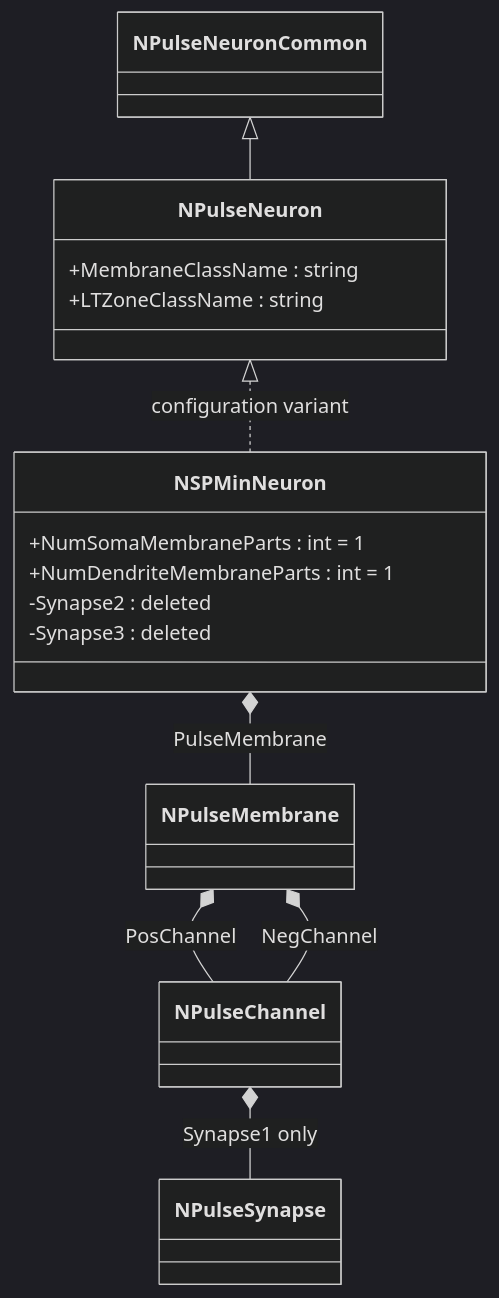
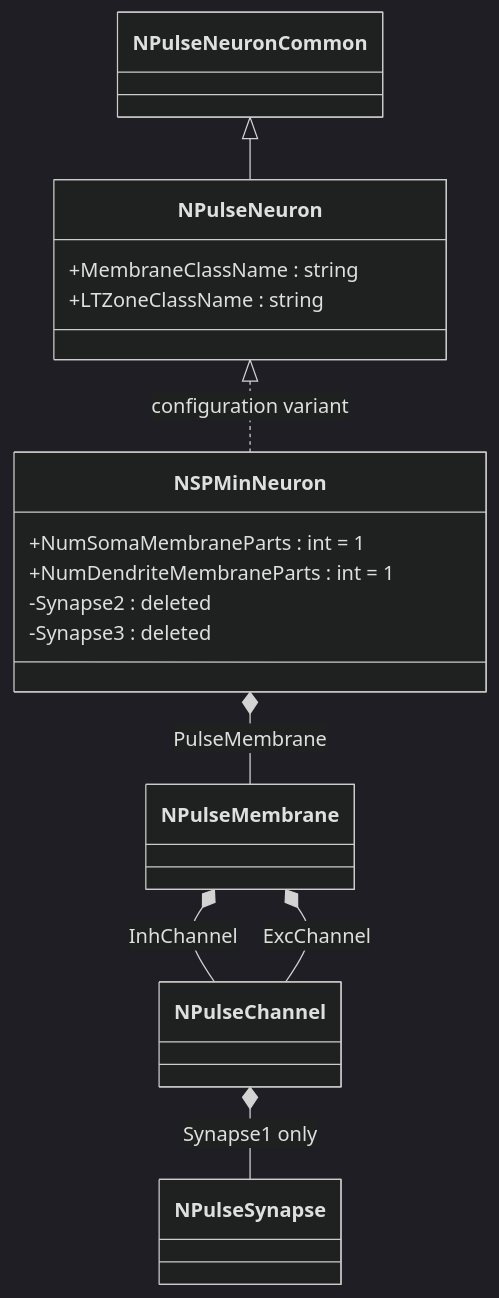
Before and after one commit to aicommunity/Nmsdk-PulseLib: the first of 6 diagrams in Docs/Components/NSPMinNeuron.md, drawn with Mermaid (dark theme). The commit also changed other lines of this file and 14 other files, not shown here.

Commit message:
Refactoring the naming of neuron components. PLTZone -> LTZone, Pos/Neg channels -> Inh/Exc channels, etc.

````diff
--- a/Docs/Components/NSPMinNeuron.md
+++ b/Docs/Components/NSPMinNeuron.md
@@ -19,19 +19,19 @@
 ```mermaid
 classDiagram
     NPulseNeuronCommon <|-- NPulseNeuron
     NPulseNeuron <|.. NSPMinNeuron : configuration variant
     NSPMinNeuron *-- NPulseMembrane : PulseMembrane
-    NPulseMembrane *-- NPulseChannel : PosChannel
-    NPulseMembrane *-- NPulseChannel : NegChannel
+    NPulseMembrane *-- NPulseChannel : InhChannel
+    NPulseMembrane *-- NPulseChannel : ExcChannel
     NPulseChannel *-- NPulseSynapse : Synapse1 only
     class NPulseNeuron {
         +MembraneClassName : string
         +LTZoneClassName : string
     }
     class NSPMinNeuron {
         +NumSomaMembraneParts : int = 1
         +NumDendriteMembraneParts : int = 1
         -Synapse2 : deleted
         -Synapse3 : deleted
     }
 ```
````
